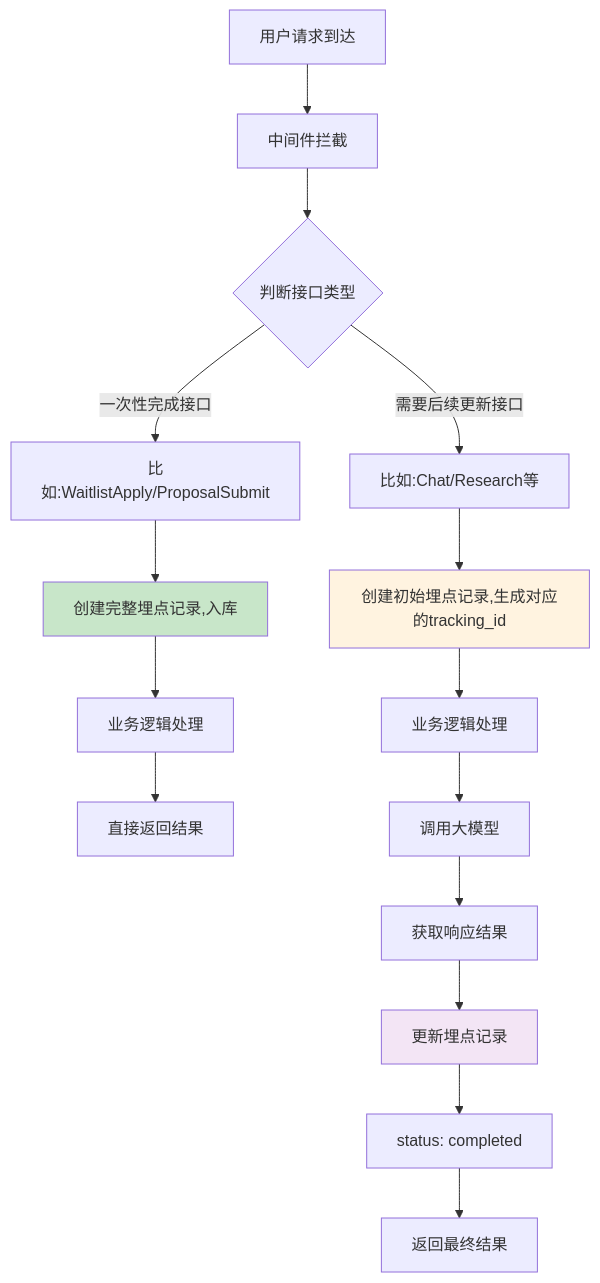
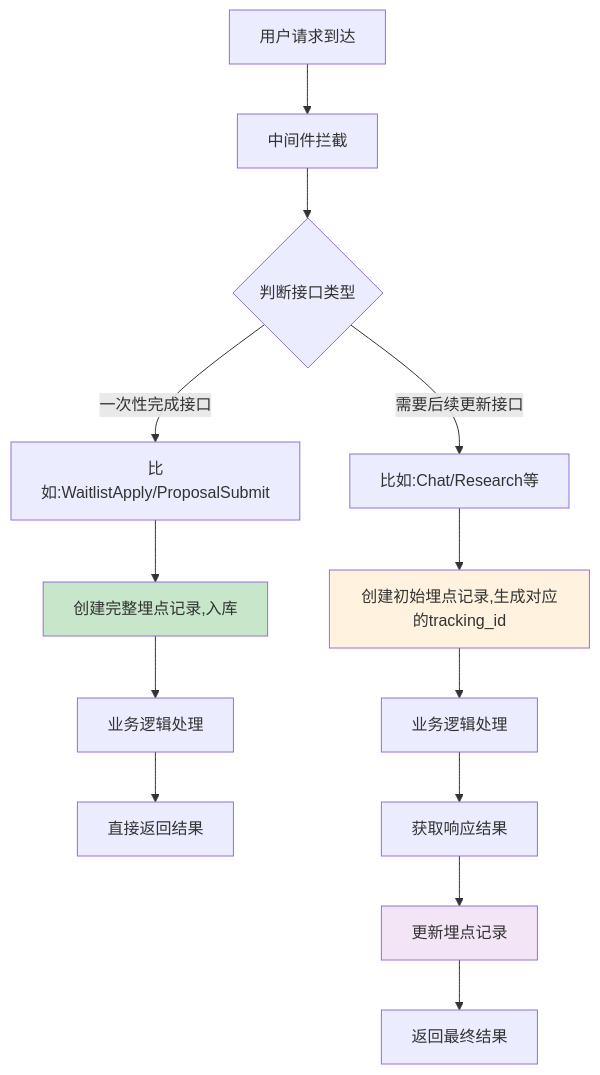
Before and after one commit to yingjianzh/iodraw-files: the diagram in all/未命名-78.md, drawn with Mermaid.

Commit message:
2025-07-08 17:18:01 update

````diff
--- a/all/未命名-78.md
+++ b/all/未命名-78.md
@@ -1,24 +1,22 @@
 ```mermaid
 flowchart TD
     A[用户请求到达] --> B[中间件拦截]
     B --> C{判断接口类型}
     
     C -->|一次性完成接口| D[比如:WaitlistApply/ProposalSubmit]
     C -->|需要后续更新接口| E[比如:Chat/Research等]
     
     D --> F[创建完整埋点记录,入库]
     F --> H[业务逻辑处理]
     H --> I[直接返回结果]
     
     E --> J[创建初始埋点记录,生成对应的tracking_id]
-    J -->  L[业务逻辑处理]
-    L --> M[调用大模型]
-    M --> N[获取响应结果]
+    J --> L[业务逻辑处理]
+    L --> N[获取响应结果]
     N --> O[更新埋点记录]
-    O --> P[status: completed]
-    P --> Q[返回最终结果]
+    O --> Q[返回最终结果]
     
     style F fill:#c8e6c9
     style J fill:#fff3e0
     style O fill:#f3e5f5
 ```
````
